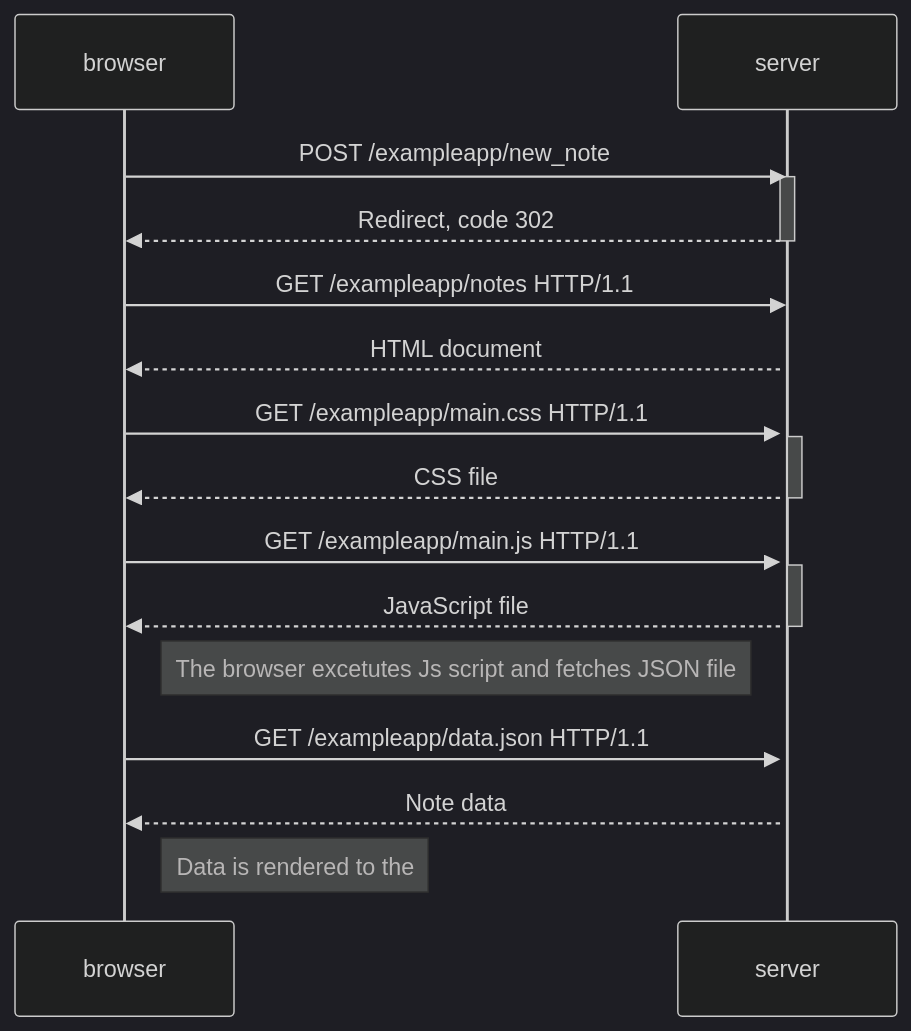
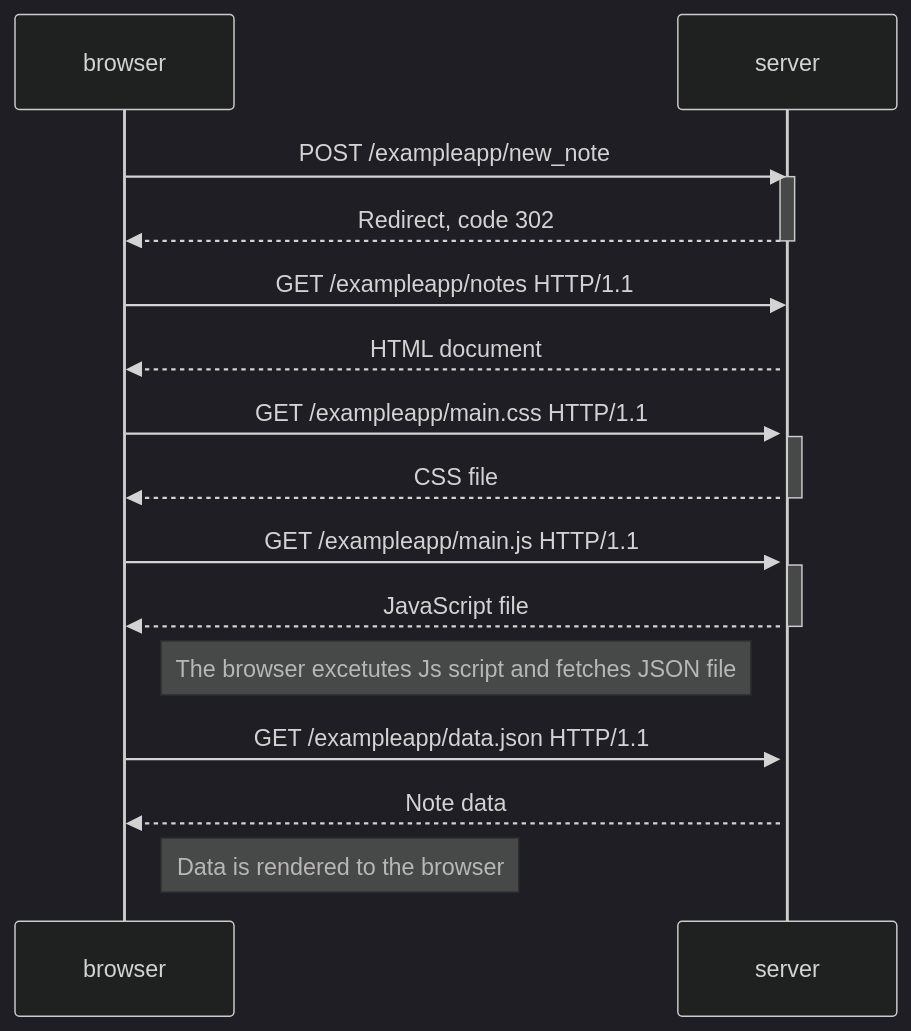
The diagram in osa1/README.md (JaakkoNurm/Fullstack-open2024), drawn with Mermaid (dark theme) before and after one commit.

Commit message:
fixed a typo

````diff
--- a/osa1/README.md
+++ b/osa1/README.md
@@ -2,31 +2,31 @@
 ```mermaid
 sequenceDiagram
     participant browser
     participant server
 
     browser->>server: POST /exampleapp/new_note
     activate server
     server-->>browser: Redirect, code 302
     deactivate server
     browser->>server: GET /exampleapp/notes HTTP/1.1
     activate server
     server-->>browser: HTML document
 
     browser->>server: GET /exampleapp/main.css HTTP/1.1
     activate server
     server-->>browser: CSS file
     deactivate server
 
     browser->>server: GET /exampleapp/main.js HTTP/1.1
     activate server
     server-->>browser: JavaScript file
     deactivate server
 
     Note right of browser: The browser excetutes Js script and fetches JSON file
 
     browser->>server: GET /exampleapp/data.json HTTP/1.1
     activate server
     server-->>browser: Note data
 
-    Note right of browser: Data is rendered to the
+    Note right of browser: Data is rendered to the browser
 ```
````
